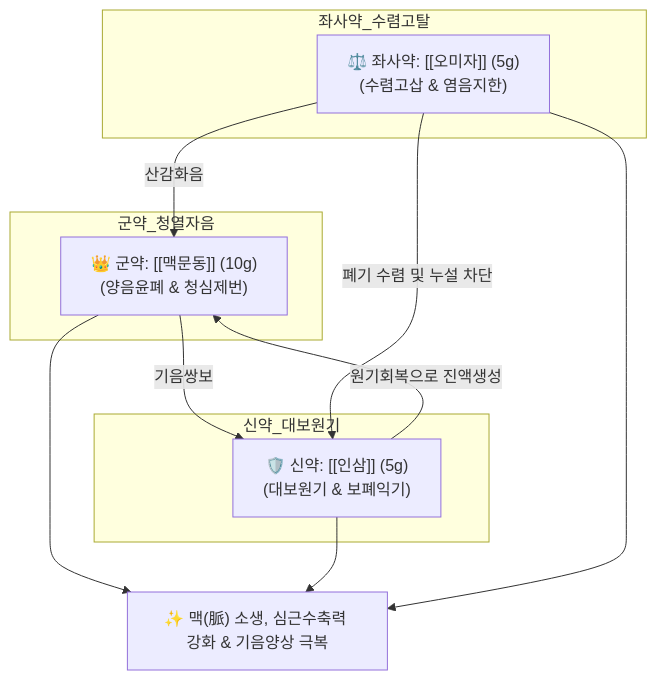
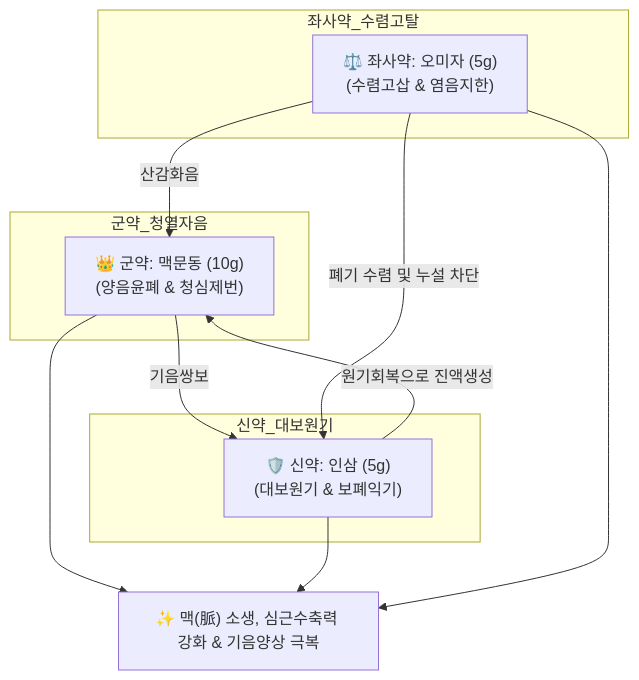
The diagram in content/2. 약리 공부/처방/02_보익제/생맥산.md (simbio11/simbio-digital-garden2), drawn with Mermaid before and after one commit. The commit also changed other lines of this file and 323 other files, not shown here.

````diff
--- a/content/2. 약리 공부/처방/02_보익제/생맥산.md
+++ b/content/2. 약리 공부/처방/02_보익제/생맥산.md
@@ -47,17 +49,17 @@
 ```mermaid
 graph TD
     subgraph 군약_청열자음
-        MMD["👑 군약: [[맥문동]] (10g)<br>(양음윤폐 & 청심제번)"]
+        MMD["👑 군약: 맥문동 (10g)<br>(양음윤폐 & 청심제번)"]
     end
     subgraph 신약_대보원기
-        IS["🛡️ 신약: [[인삼]] (5g)<br>(대보원기 & 보폐익기)"]
+        IS["🛡️ 신약: 인삼 (5g)<br>(대보원기 & 보폐익기)"]
     end
     subgraph 좌사약_수렴고탈
-        OMZ["⚖️ 좌사약: [[오미자]] (5g)<br>(수렴고삽 & 염음지한)"]
+        OMZ["⚖️ 좌사약: 오미자 (5g)<br>(수렴고삽 & 염음지한)"]
     end
     MMD -->|기음쌍보| IS
     IS -->|원기회복으로 진액생성| MMD
     OMZ -->|산감화음| MMD
     OMZ -->|폐기 수렴 및 누설 차단| IS
     MMD & IS & OMZ --> Outcome["✨ 맥(脈) 소생, 심근수축력 강화 & 기음양상 극복"]
 ```
````
